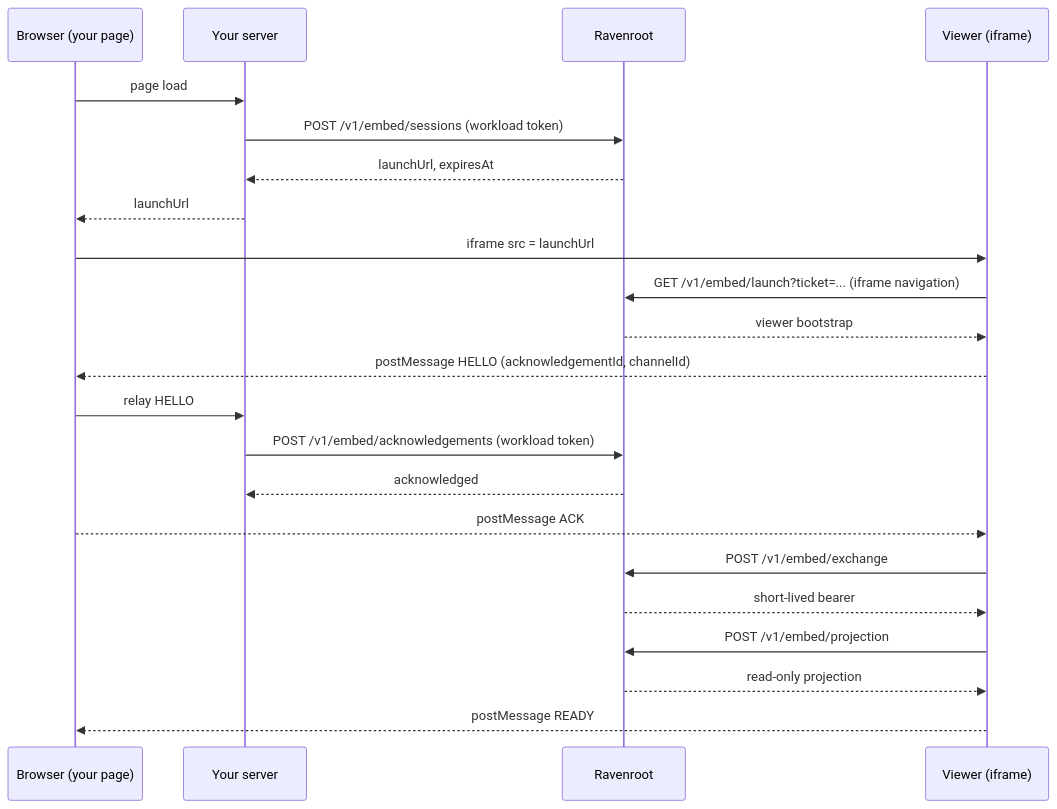
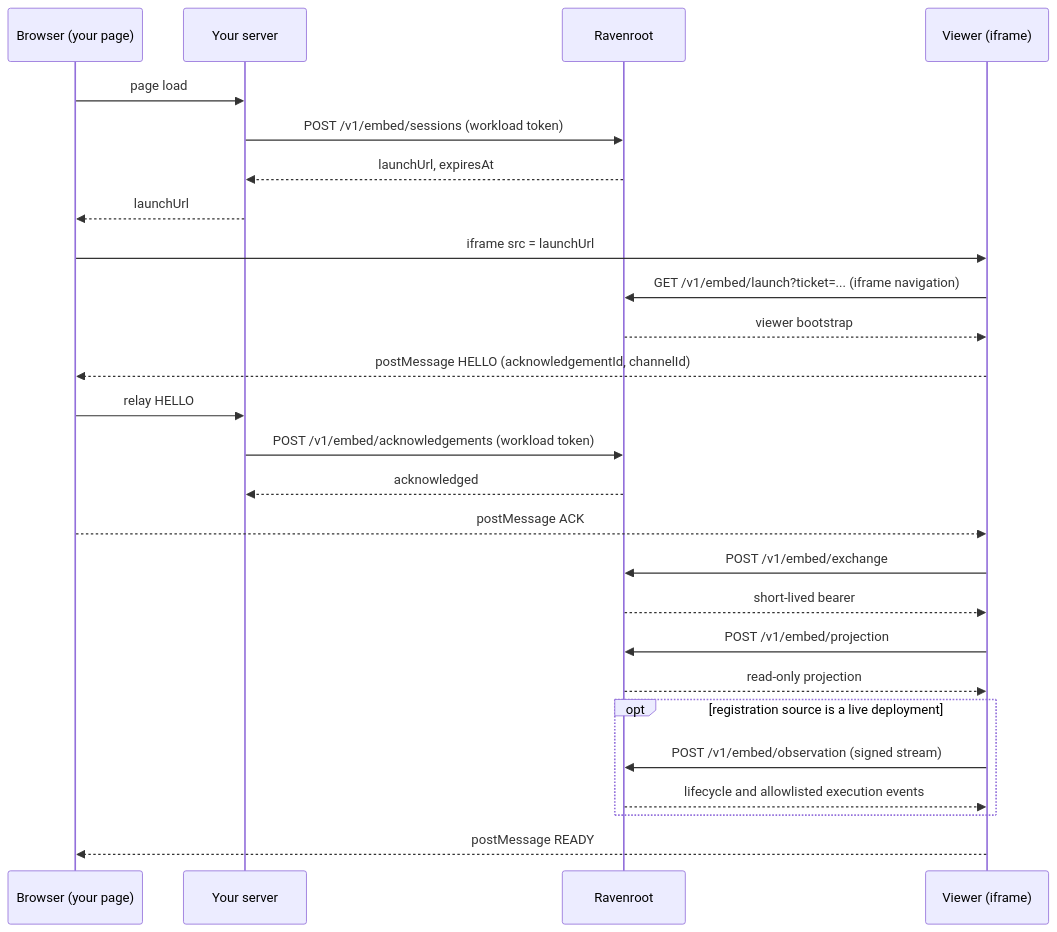
Before and after one commit to ravenroot-ai/ravenroot: the diagram in docs/integrator-guide/embed-viewer-quickstart.md, drawn with Mermaid. The commit also changed other lines of this file and 51 other files, not shown here.

````diff
--- a/docs/integrator-guide/embed-viewer-quickstart.md
+++ b/docs/integrator-guide/embed-viewer-quickstart.md
@@ -77,25 +78,29 @@
 ```mermaid
 sequenceDiagram
     participant B as Browser (your page)
     participant S as Your server
     participant R as Ravenroot
     participant V as Viewer (iframe)
 
     B->>S: page load
     S->>R: POST /v1/embed/sessions (workload token)
     R-->>S: launchUrl, expiresAt
     S-->>B: launchUrl
     B->>V: iframe src = launchUrl
     V->>R: GET /v1/embed/launch?ticket=... (iframe navigation)
     R-->>V: viewer bootstrap
     V-->>B: postMessage HELLO (acknowledgementId, channelId)
     B->>S: relay HELLO
     S->>R: POST /v1/embed/acknowledgements (workload token)
     R-->>S: acknowledged
     B-->>V: postMessage ACK
     V->>R: POST /v1/embed/exchange
     R-->>V: short-lived bearer
     V->>R: POST /v1/embed/projection
     R-->>V: read-only projection
+    opt registration source is a live deployment
+        V->>R: POST /v1/embed/observation (signed stream)
+        R-->>V: lifecycle and allowlisted execution events
+    end
     V-->>B: postMessage READY
 ```
````
